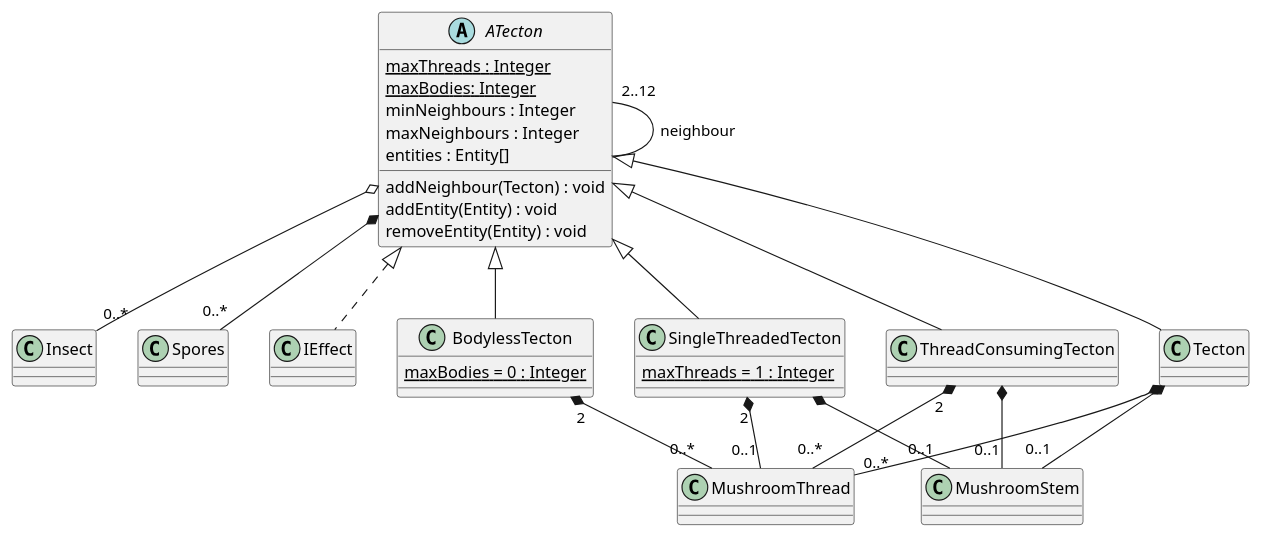
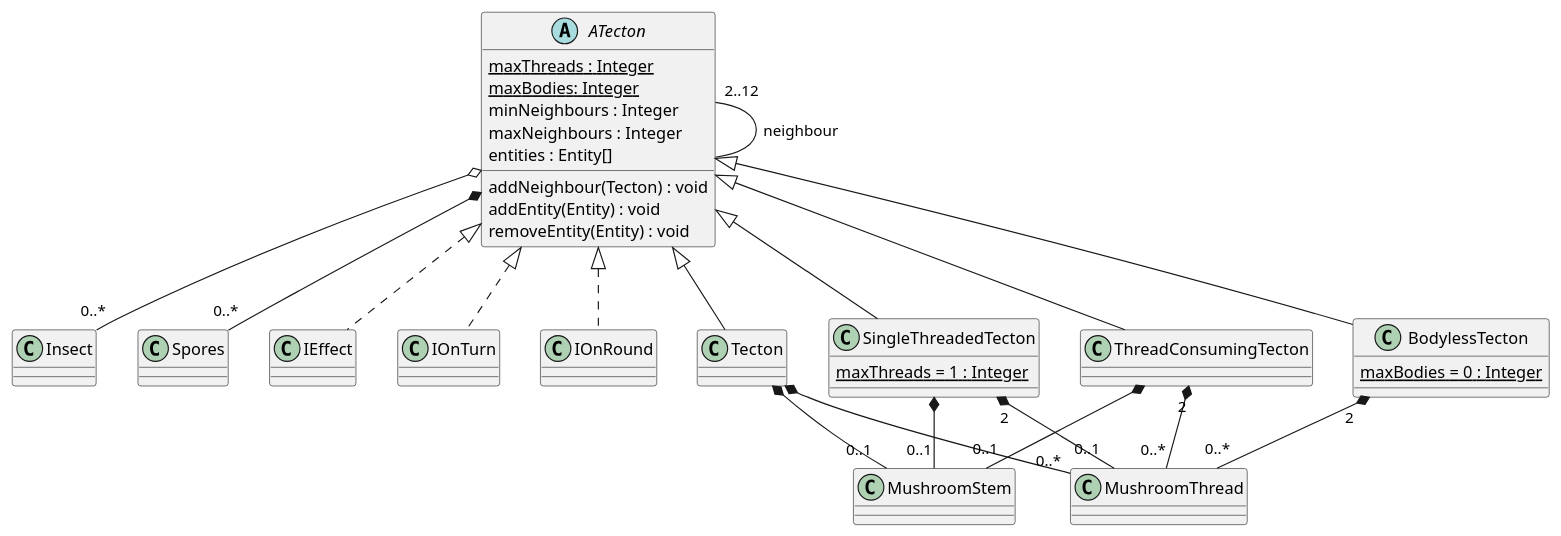
The diagram in 3/classes/tecton.puml (Petya-G/fungorium), drawn with PlantUML before and after one commit. The commit also changed 4 other files, not shown here.

```diff
--- a/3/classes/tecton.puml
+++ b/3/classes/tecton.puml
@@ -1,43 +1,45 @@
 @startuml tecton
   ATecton "2..12" -- ATecton : neighbour
   ATecton o-- "0..*" Insect
   ATecton *-- "0..*" Spores
   ATecton <|.. IEffect
+  ATecton <|.. IOnTurn
+  ATecton <|.. IOnRound
   abstract class ATecton {
     {static} maxThreads : Integer
     {static} maxBodies: Integer
     minNeighbours : Integer
     maxNeighbours : Integer
     entities : Entity[]
 
     addNeighbour(Tecton) : void
     addEntity(Entity) : void
     removeEntity(Entity) : void
   }
 
   Tecton *-- "0..1" MushroomStem 
   Tecton *-- "0..*" MushroomThread
   ATecton <|-- Tecton
   class Tecton {
   }
 
   SingleThreadedTecton *-- "0..1" MushroomStem
   SingleThreadedTecton "2" *-- "0..1" MushroomThread
   ATecton <|-- SingleThreadedTecton
   class SingleThreadedTecton {
     {static} maxThreads = 1 : Integer
   }
 
 
   BodylessTecton "2" *-- "0..*" MushroomThread
   ATecton <|-- BodylessTecton
   class BodylessTecton {
     {static} maxBodies = 0 : Integer
   }
 
   ThreadConsumingTecton *-- "0..1" MushroomStem
   ThreadConsumingTecton "2" *-- "0..*" MushroomThread
   ATecton <|-- ThreadConsumingTecton
   class ThreadConsumingTecton {
   }
 @enduml
```
